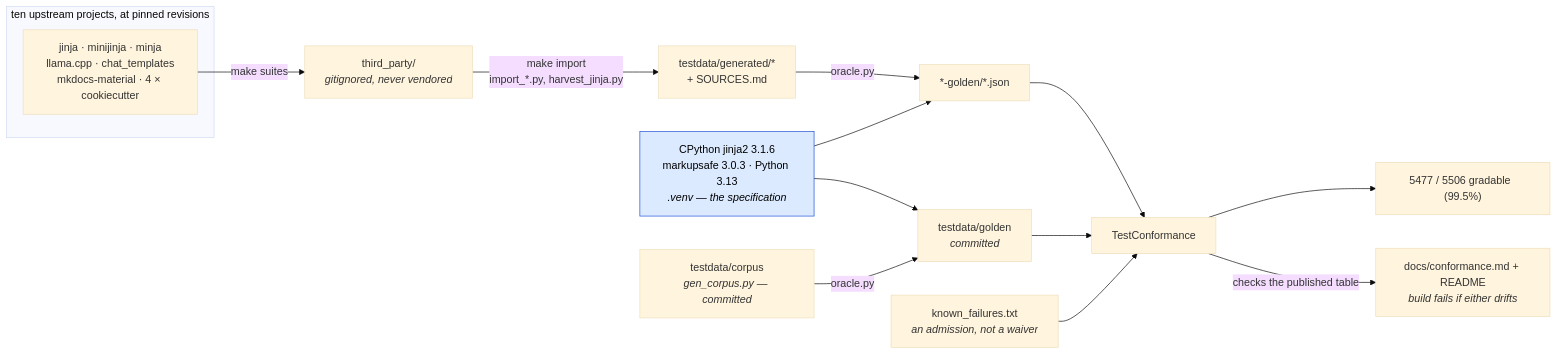
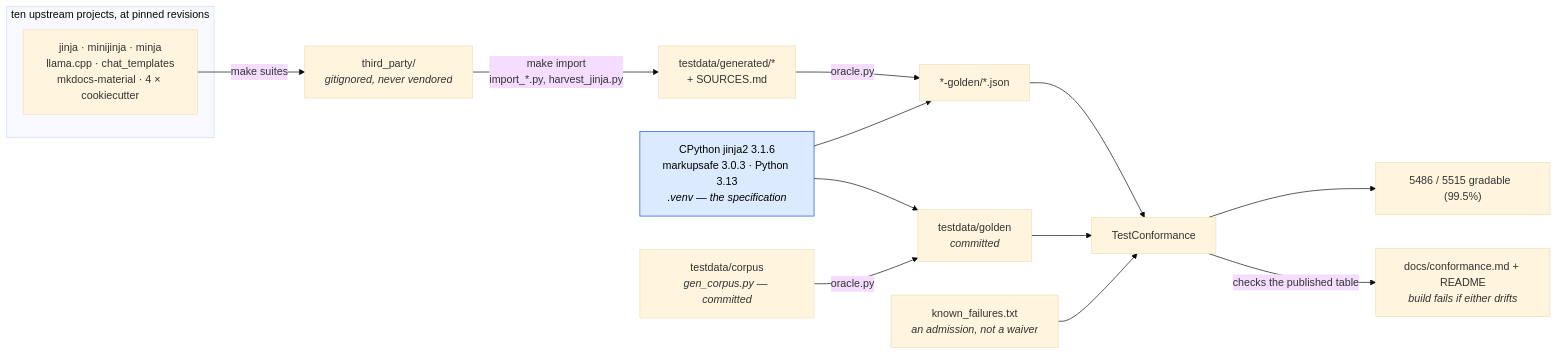
Before and after one commit to mgilbir/gojja2: the first of 2 diagrams in docs/conformance.md, drawn with Mermaid (base theme). The commit also changed other lines of this file and 35 other files, not shown here.

````diff
--- a/docs/conformance.md
+++ b/docs/conformance.md
@@ -17,24 +17,24 @@
 ```mermaid
 flowchart LR
     subgraph up["ten upstream projects, at pinned revisions"]
         U1["jinja · minijinja · minja<br/>llama.cpp · chat_templates<br/>mkdocs-material · 4 × cookiecutter"]
     end
     U1 -->|"make suites"| TP["third_party/<br/><i>gitignored, never vendored</i>"]
     TP -->|"make import<br/>import_*.py, harvest_jinja.py"| GEN["testdata/generated/*<br/>+ SOURCES.md"]
 
     ORA["CPython jinja2 3.1.6<br/>markupsafe 3.0.3 · Python 3.13<br/><i>.venv — the specification</i>"]
     GEN -->|"oracle.py"| G2["*-golden/*.json"]
     ORA --> G2
 
     OWN["testdata/corpus<br/><i>gen_corpus.py — committed</i>"] -->|"oracle.py"| G1["testdata/golden<br/><i>committed</i>"]
     ORA --> G1
 
     G1 --> TC["TestConformance"]
     G2 --> TC
     KF["known_failures.txt<br/><i>an admission, not a waiver</i>"] --> TC
-    TC --> RATE["5477 / 5506 gradable  (99.5%)"]
+    TC --> RATE["5486 / 5515 gradable  (99.5%)"]
     TC -->|"checks the published table"| RM["docs/conformance.md + README<br/><i>build fails if either drifts</i>"]
 
     classDef spec fill:#dbeafe,stroke:#1d4ed8,color:#000
     class ORA spec
 ```
````
